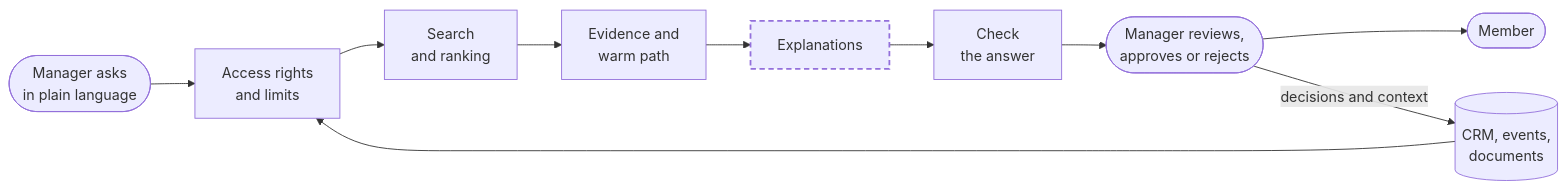
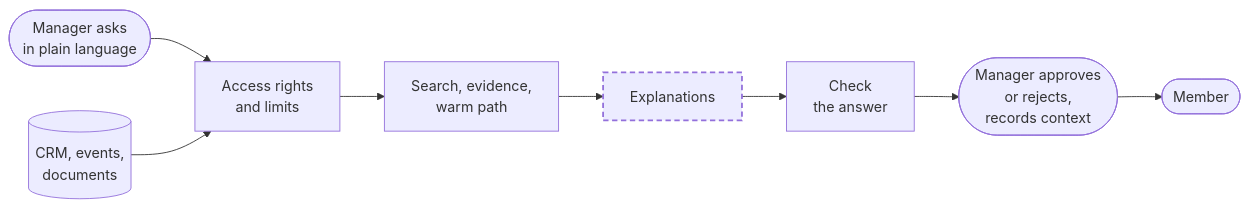
Before and after one commit to zbouayya/meridian-matchmaking: the diagram in docs/business-framing.md, drawn with Mermaid.

Commit message:
Memo: a wider, more legible diagram

````diff
--- a/docs/business-framing.md
+++ b/docs/business-framing.md
@@ -31,19 +31,17 @@
 ```mermaid
 flowchart LR
     ask(["Manager asks<br/>in plain language"])
     data[("CRM, events,<br/>documents")]
     access["Access rights<br/>and limits"]
-    search["Search<br/>and ranking"]
-    proof["Evidence and<br/>warm path"]
+    search["Search, evidence,<br/>warm path"]
     explain["Explanations"]
     verify["Check<br/>the answer"]
-    review(["Manager reviews,<br/>approves or rejects"])
+    review(["Manager approves<br/>or rejects,<br/>records context"])
     member(["Member"])
 
-    ask --> access --> search --> proof --> explain --> verify --> review --> member
+    ask --> access --> search --> explain --> verify --> review --> member
     data --> access
-    review -- "decisions and context" --> data
 
     classDef model stroke-dasharray: 6 4,stroke-width:2px
     class explain model
 ```
````
